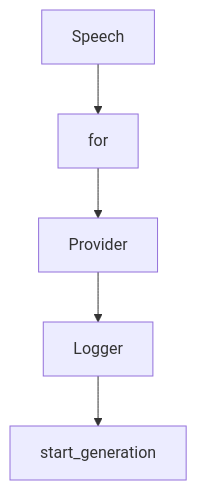
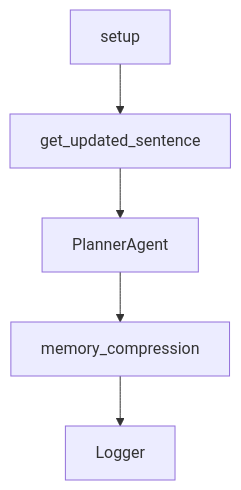
The diagram in tutorials/agenticseek-tutorial/07-troubleshooting-and-reliability-playbook.md (johnxie/awesome-code-docs), drawn with Mermaid before and after one commit. The commit also changed other lines of this file and 1232 other files, not shown here.

````diff
--- a/tutorials/agenticseek-tutorial/07-troubleshooting-and-reliability-playbook.md
+++ b/tutorials/agenticseek-tutorial/07-troubleshooting-and-reliability-playbook.md
@@ -251,12 +216,12 @@
 ```mermaid
 flowchart TD
-    A[Speech]
-    B[for]
-    C[Provider]
-    D[Logger]
-    E[start_generation]
+    A[setup]
+    B[get_updated_sentence]
+    C[PlannerAgent]
+    D[memory_compression]
+    E[Logger]
     A --> B
     B --> C
     C --> D
     D --> E
 ```
````
